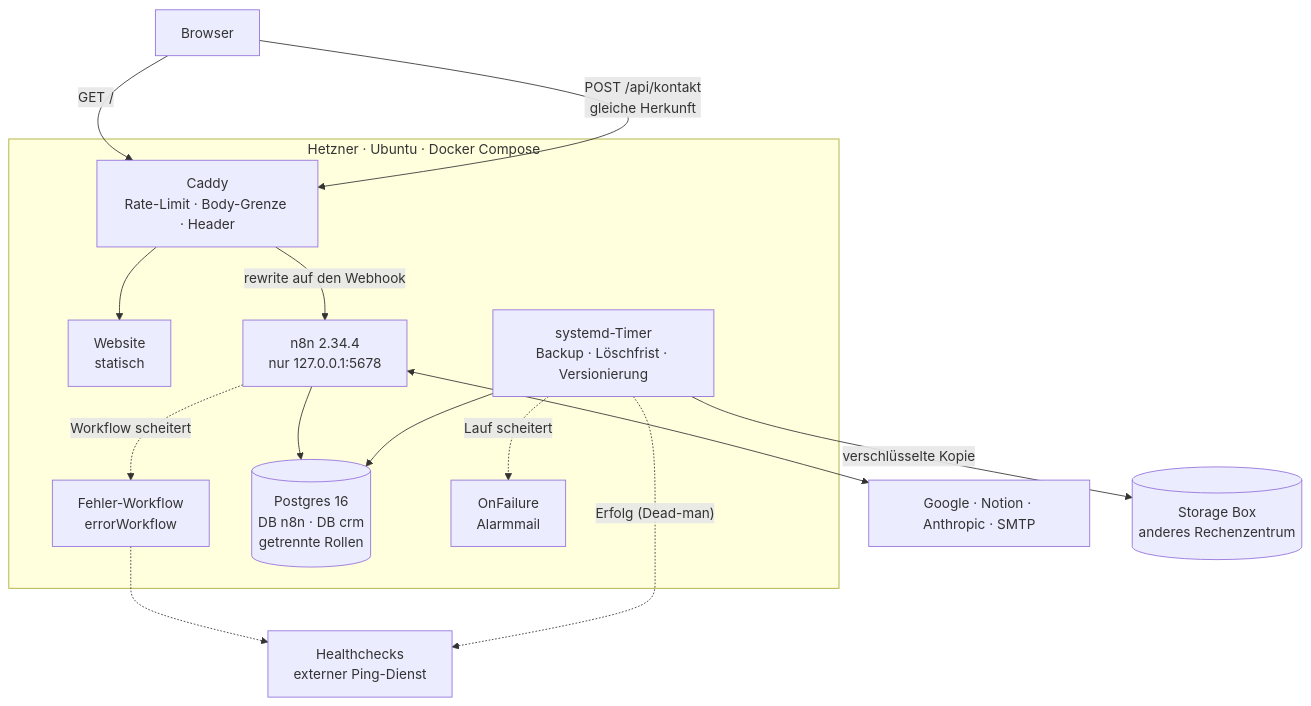
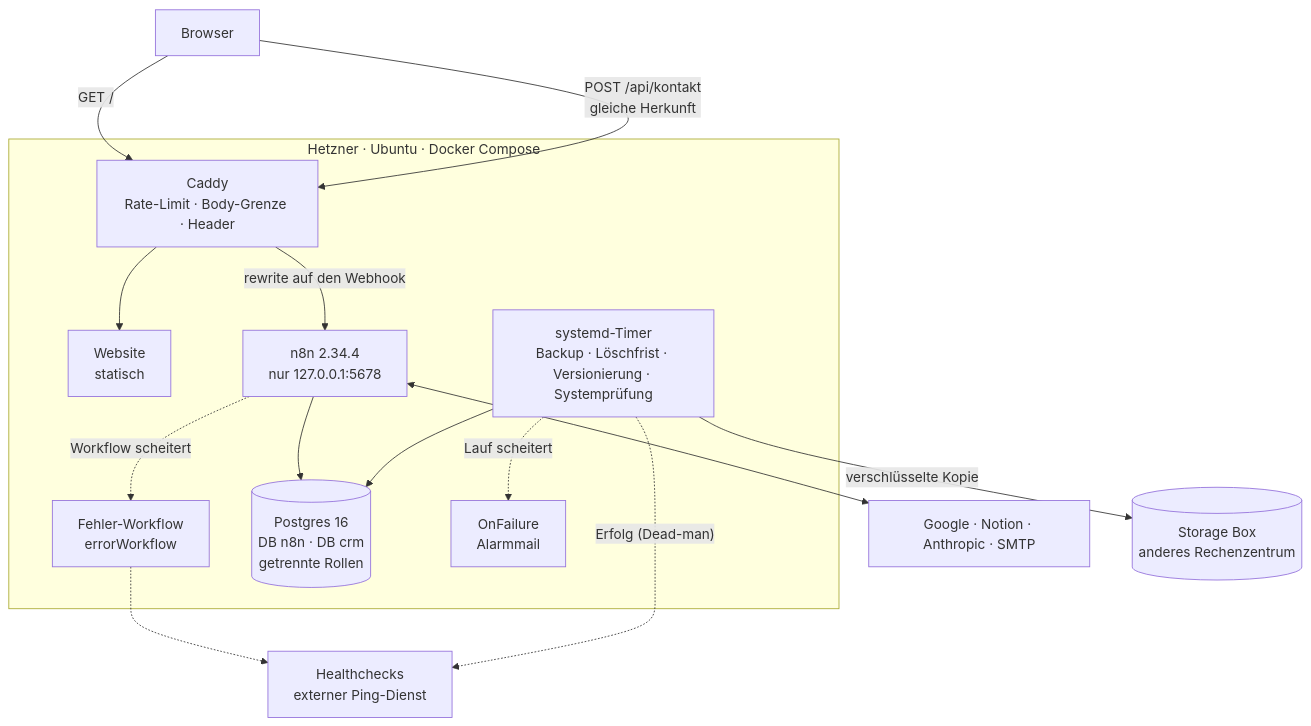
One commit to eliasr58/n8n-production changed the diagram in README.md. Above: the diagram before and after it, drawn with Mermaid. The commit also changed other lines of this file and 4 other files, not shown here.

First line of the commit message:
Doku auf den gemessenen Serverstand: ohne Plausible, 600 je Stunde, systemd-Timer, Systemprüfung

````diff
--- a/README.md
+++ b/README.md
@@ -38,30 +38,30 @@
 ```mermaid
 flowchart TB
     B["Browser"]
     EXT["Google · Notion · Anthropic · SMTP"]
     HC["Healthchecks<br/>externer Ping-Dienst"]
     BOX[("Storage Box<br/>anderes Rechenzentrum")]
 
     subgraph Server["Hetzner · Ubuntu · Docker Compose"]
         C["Caddy<br/>Rate-Limit · Body-Grenze · Header"]
         S["Website<br/>statisch"]
         N["n8n 2.34.4<br/>nur 127.0.0.1:5678"]
         E["Fehler-Workflow<br/>errorWorkflow"]
         P[("Postgres 16<br/>DB n8n · DB crm<br/>getrennte Rollen")]
-        T["systemd-Timer<br/>Backup · Löschfrist · Versionierung"]
+        T["systemd-Timer<br/>Backup · Löschfrist · Versionierung · Systemprüfung"]
         A["OnFailure<br/>Alarmmail"]
     end
 
     B -- "GET /" --> C
     B -- "POST /api/kontakt<br/>gleiche Herkunft" --> C
     C --> S
     C -- "rewrite auf den Webhook" --> N
     N --> P
     N <--> EXT
     N -. "Workflow scheitert" .-> E
     E -.-> HC
     T --> P
     T -- "verschlüsselte Kopie" --> BOX
     T -. "Erfolg (Dead-man)" .-> HC
     T -. "Lauf scheitert" .-> A
 ```
````
